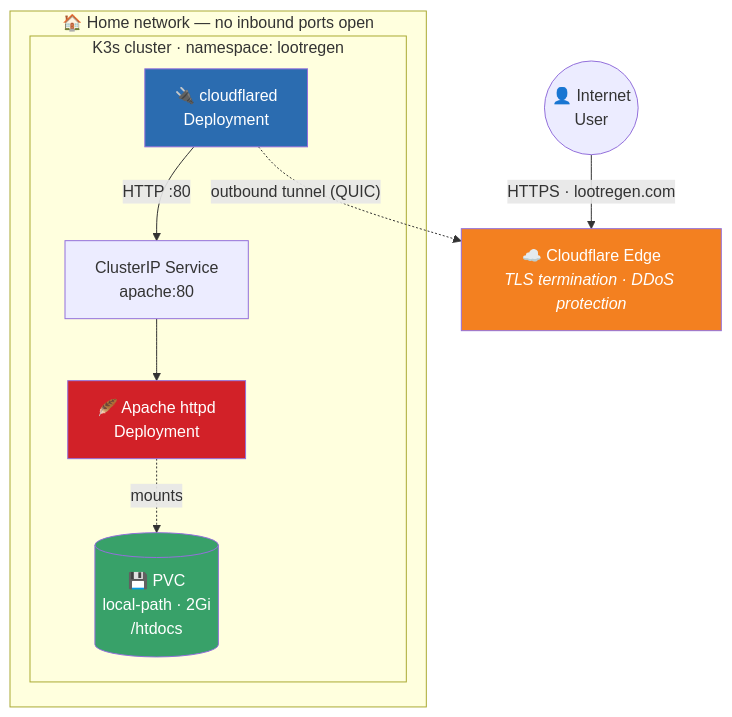
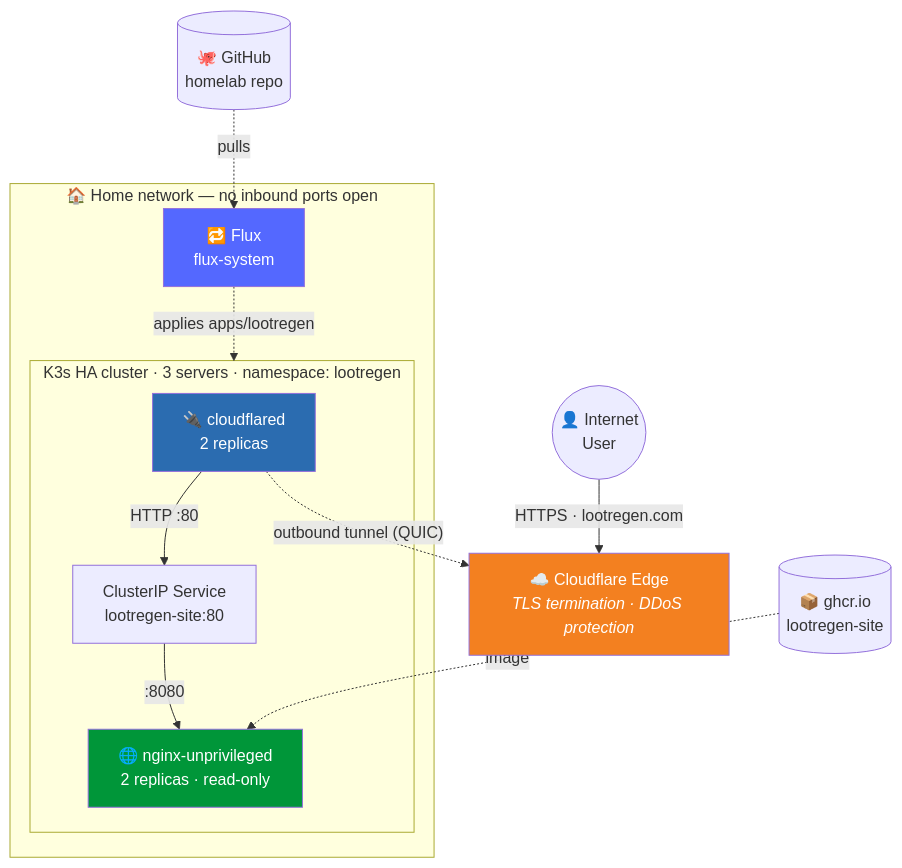
One commit to Lootregenit/Webpage-lootregen changed the diagram in README.md. Above: the diagram before and after it, drawn with Mermaid. The commit also changed other lines of this file and 11 other files, not shown here.

Commit message:
feat: v3 - nginx image deployed by Flux, retire the kubectl cp scripts

````diff
--- a/README.md
+++ b/README.md
@@ -65,27 +62,29 @@
 ```mermaid
 flowchart TB
     User(("👤 Internet<br/>User"))
     CF["☁️ Cloudflare Edge<br/><i>TLS termination · DDoS protection</i>"]
 
     User -- "HTTPS · lootregen.com" --> CF
 
     subgraph HOME["🏠 Home network — no inbound ports open"]
-        subgraph K3S["K3s cluster · namespace: lootregen"]
-            CFD["🔌 cloudflared<br/>Deployment"]
-            SVC["ClusterIP Service<br/>apache:80"]
-            APACHE["🪶 Apache httpd<br/>Deployment"]
-            PVC[("💾 PVC<br/>local-path · 2Gi<br/>/htdocs")]
+        subgraph K3S["K3s HA cluster · 3 servers · namespace: lootregen"]
+            CFD["🔌 cloudflared<br/>2 replicas"]
+            SVC["ClusterIP Service<br/>lootregen-site:80"]
+            WEB["🌐 nginx-unprivileged<br/>2 replicas · read-only"]
 
             CFD -- "HTTP :80" --> SVC
-            SVC --> APACHE
-            APACHE -. mounts .-> PVC
+            SVC -- ":8080" --> WEB
         end
+        FLUX["🔁 Flux<br/>flux-system"]
+        FLUX -. "applies apps/lootregen" .-> K3S
     end
 
     CFD -. "outbound tunnel (QUIC)" .-> CF
+    GIT[("🐙 GitHub<br/>homelab repo")] -. "pulls" .-> FLUX
+    REG[("📦 ghcr.io<br/>lootregen-site")] -. "image" .-> WEB
 
     style CF fill:#f38020,color:#fff
     style CFD fill:#2b6cb0,color:#fff
-    style APACHE fill:#d22128,color:#fff
-    style PVC fill:#38a169,color:#fff
+    style WEB fill:#009639,color:#fff
+    style FLUX fill:#5468ff,color:#fff
 ```
````
